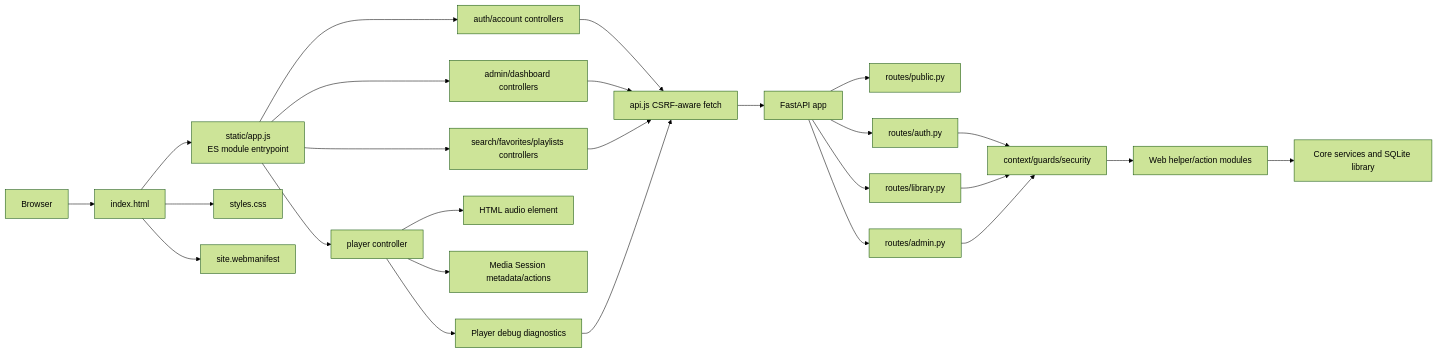
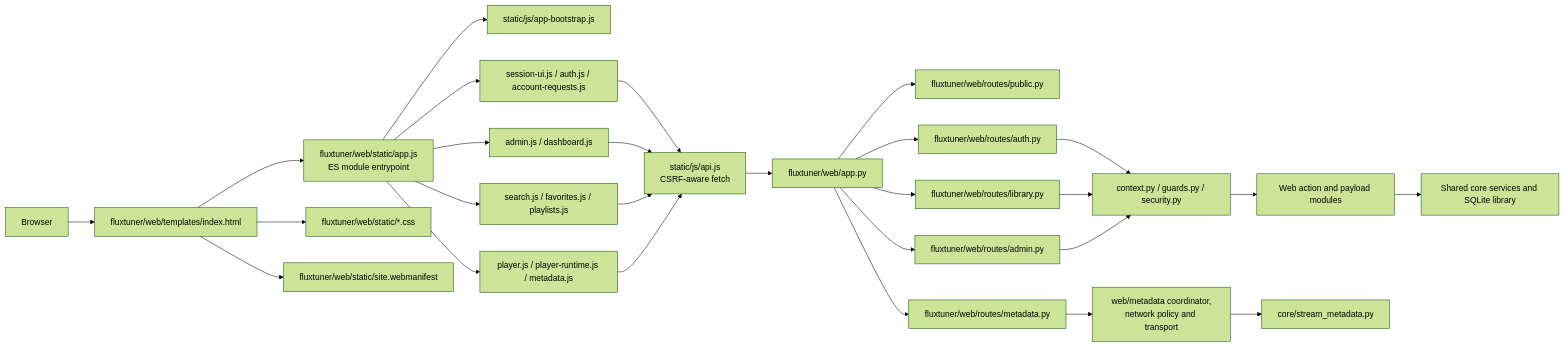
Before and after one commit to pitill0/fluxtuner: the second of 3 diagrams in docs/architecture.md, drawn with Mermaid (forest theme). The commit also changed other lines of this file, not shown here.

Commit message:
docs: refresh architecture after orchestration refactor

````diff
--- a/docs/architecture.md
+++ b/docs/architecture.md
@@ -118,32 +113,34 @@
 ```mermaid
 flowchart LR
-    Browser["Browser"] --> HTML["index.html"]
-    HTML --> AppJS["static/app.js<br/>ES module entrypoint"]
-    HTML --> CSS["styles.css"]
-    HTML --> Manifest["site.webmanifest"]
+    Browser["Browser"] --> HTML["fluxtuner/web/templates/index.html"]
+    HTML --> AppJS["fluxtuner/web/static/app.js<br/>ES module entrypoint"]
+    HTML --> CSS["fluxtuner/web/static/*.css"]
+    HTML --> Manifest["fluxtuner/web/static/site.webmanifest"]
 
-    AppJS --> AuthJS["auth/account controllers"]
-    AppJS --> AdminJS["admin/dashboard controllers"]
-    AppJS --> LibraryJS["search/favorites/playlists controllers"]
-    AppJS --> PlayerJS["player controller"]
-    PlayerJS --> Audio["HTML audio element"]
-    PlayerJS --> MediaSession["Media Session metadata/actions"]
-    PlayerJS --> PlayerDebug["Player debug diagnostics"]
+    AppJS --> Bootstrap["static/js/app-bootstrap.js"]
+    AppJS --> SessionUI["session-ui.js / auth.js / account-requests.js"]
+    AppJS --> AdminUI["admin.js / dashboard.js"]
+    AppJS --> LibraryUI["search.js / favorites.js / playlists.js"]
+    AppJS --> PlayerUI["player.js / player-runtime.js / metadata.js"]
 
-    AuthJS --> ApiFetch["api.js CSRF-aware fetch"]
-    AdminJS --> ApiFetch
-    LibraryJS --> ApiFetch
-    PlayerDebug --> ApiFetch
+    SessionUI --> ApiFetch["static/js/api.js<br/>CSRF-aware fetch"]
+    AdminUI --> ApiFetch
+    LibraryUI --> ApiFetch
+    PlayerUI --> ApiFetch
 
-    ApiFetch --> FastAPI["FastAPI app"]
-    FastAPI --> PublicRoutes["routes/public.py"]
-    FastAPI --> AuthRoutes["routes/auth.py"]
-    FastAPI --> LibraryRoutes["routes/library.py"]
-    FastAPI --> AdminRoutes["routes/admin.py"]
+    ApiFetch --> FastAPI["fluxtuner/web/app.py"]
+    FastAPI --> PublicRoutes["fluxtuner/web/routes/public.py"]
+    FastAPI --> AuthRoutes["fluxtuner/web/routes/auth.py"]
+    FastAPI --> LibraryRoutes["fluxtuner/web/routes/library.py"]
+    FastAPI --> MetadataRoutes["fluxtuner/web/routes/metadata.py"]
+    FastAPI --> AdminRoutes["fluxtuner/web/routes/admin.py"]
 
-    AuthRoutes --> WebGuards["context/guards/security"]
-    LibraryRoutes --> WebGuards
-    AdminRoutes --> WebGuards
-    WebGuards --> WebActions["Web helper/action modules"]
-    WebActions --> Core["Core services and SQLite library"]
+    AuthRoutes --> Guards["context.py / guards.py / security.py"]
+    LibraryRoutes --> Guards
+    MetadataRoutes --> MetadataPipeline["web/metadata coordinator,<br/>network policy and transport"]
+    AdminRoutes --> Guards
+
+    Guards --> Actions["Web action and payload modules"]
+    Actions --> Core["Shared core services and SQLite library"]
+    MetadataPipeline --> StreamMetadata["core/stream_metadata.py"]
 ```
````
